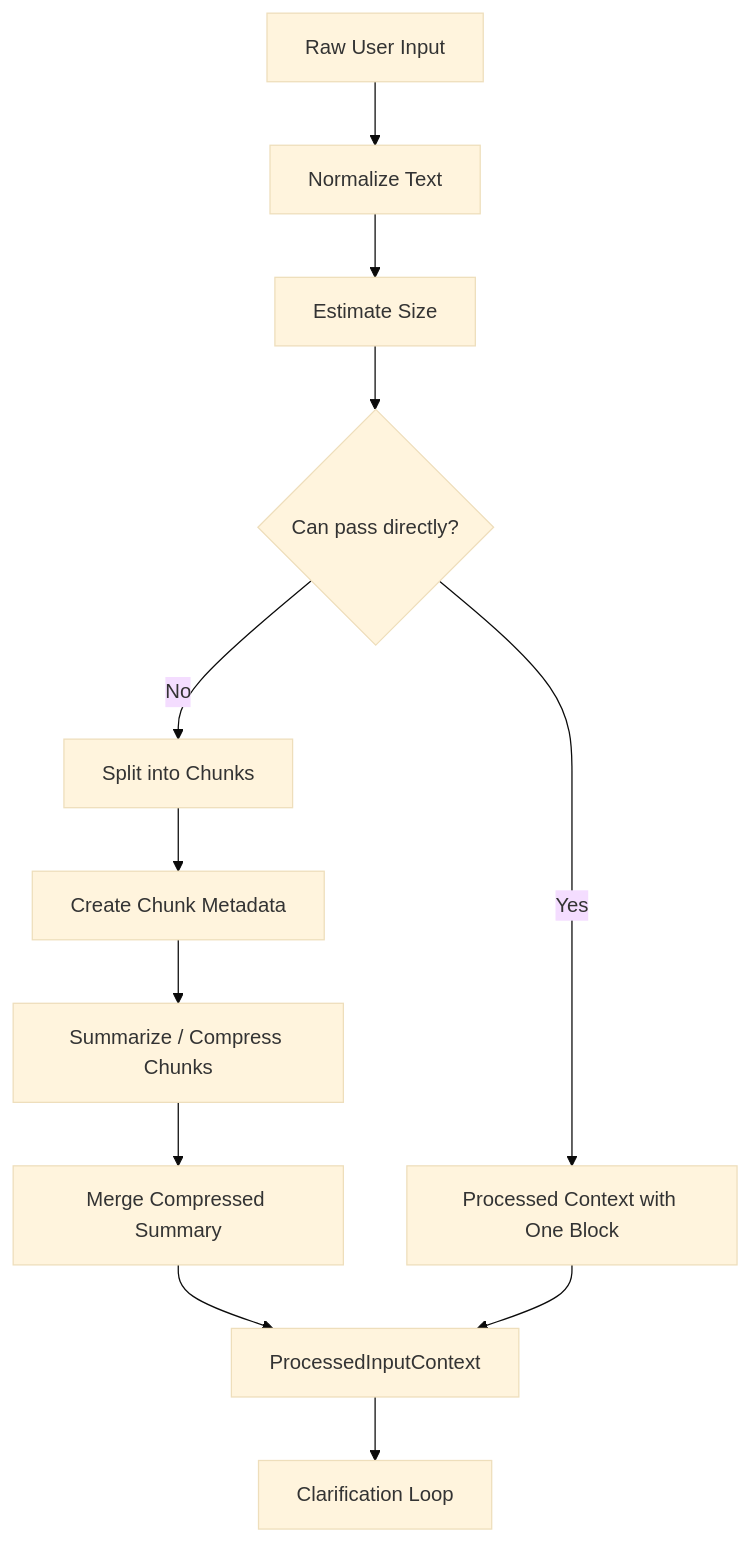
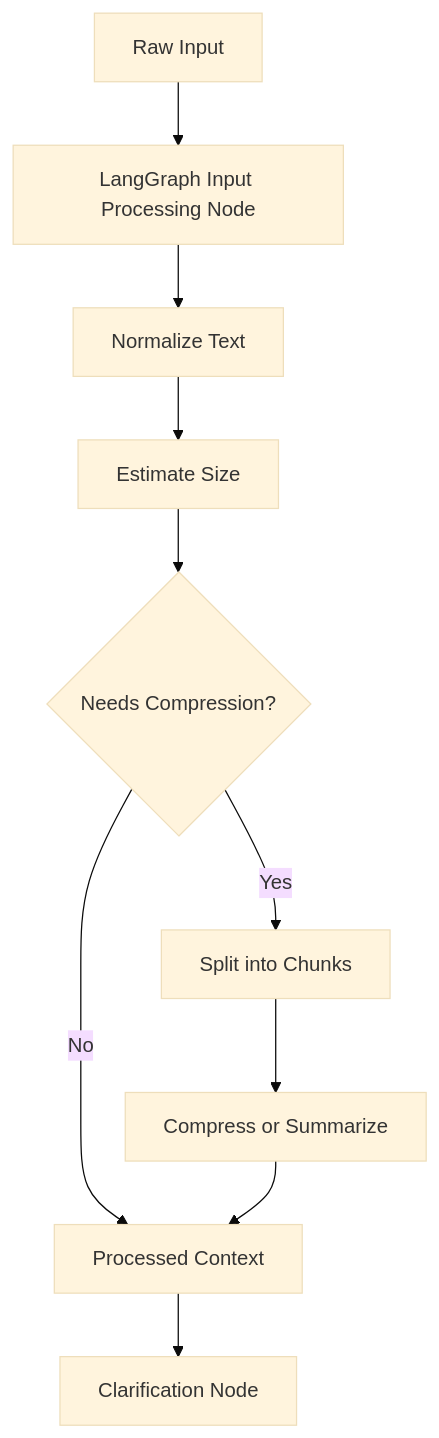
One commit to ProductMasterz/Mujarrad-Frontend changed the third of 19 diagrams in Docs/system-design-detailed-plan.md. Above: the diagram before and after it, drawn with Mermaid (base theme). The commit also changed other lines of this file, not shown here.

Commit message:
Refine system design architecture plan

````diff
--- a/Docs/system-design-detailed-plan.md
+++ b/Docs/system-design-detailed-plan.md
@@ -359,18 +358,12 @@
 ```mermaid
 flowchart TD
-    A[Raw User Input] --> B[Normalize Text]
-    B --> C[Estimate Size]
-    C --> D{Can pass directly?}
-
-    D -->|Yes| E[Processed Context with One Block]
-    D -->|No| F[Split into Chunks]
-
-    F --> G[Create Chunk Metadata]
-    G --> H[Summarize / Compress Chunks]
-    H --> I[Merge Compressed Summary]
-
-    I --> J[ProcessedInputContext]
-    E --> J
-
-    J --> K[Clarification Loop]
+    A[Raw Input] --> B[LangGraph Input Processing Node]
+    B --> C[Normalize Text]
+    C --> D[Estimate Size]
+    D --> E{Needs Compression?}
+    E -->|No| F[Processed Context]
+    E -->|Yes| G[Split into Chunks]
+    G --> H[Compress or Summarize]
+    H --> F
+    F --> I[Clarification Node]
 ```
````
